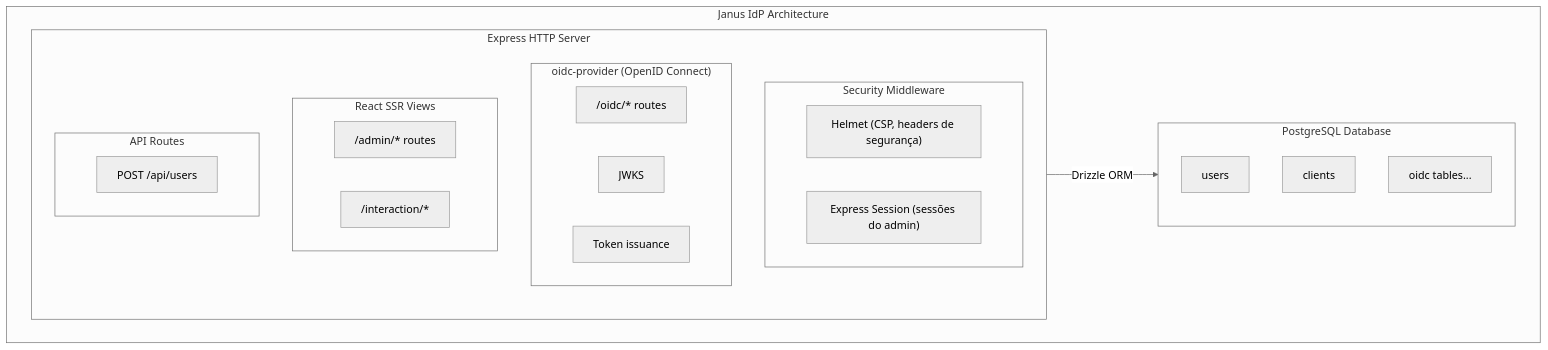
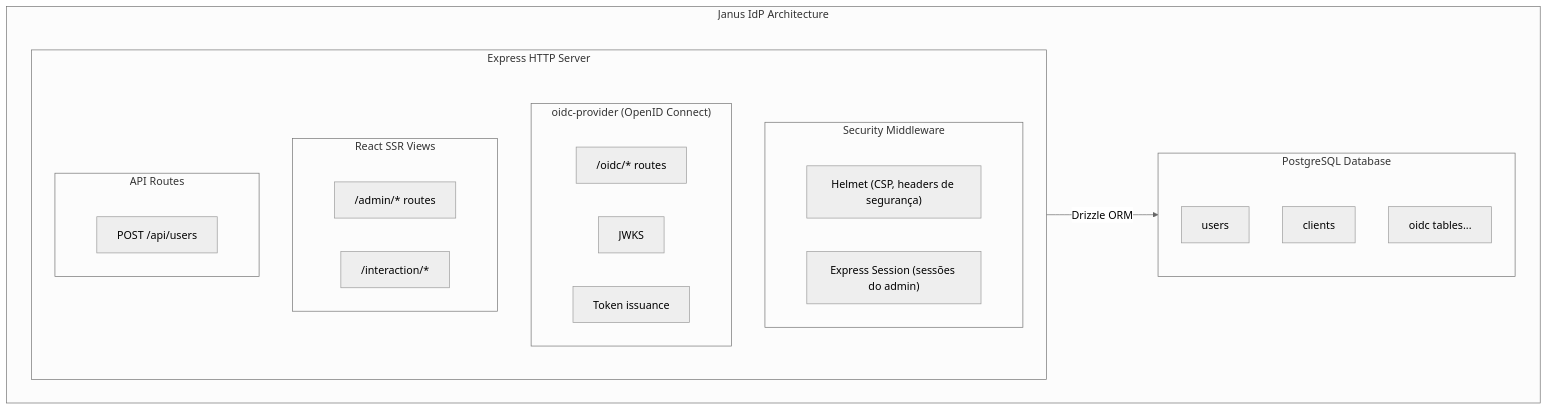
The first of 2 diagrams in docs/ARCHITECTURE.md (marcus-v-rodrigues/janus-idp), drawn with Mermaid (neutral theme) before and after one commit.

Commit message:
docs: adjust mermaid diagram subgraph title spacing

````diff
--- a/docs/ARCHITECTURE.md
+++ b/docs/ARCHITECTURE.md
@@ -7,34 +7,35 @@
 ```mermaid
+%%{init: {"flowchart": {"subGraphTitleMargin": {"bottom": 30}}}}%%
 flowchart TB
     subgraph JanusIdP["Janus IdP Architecture"]
         subgraph Express["Express HTTP Server"]
             subgraph Security["Security Middleware"]
                 Helmet["Helmet (CSP, headers de segurança)"]
                 Session["Express Session (sessões do admin)"]
             end
             
             subgraph OIDC["oidc-provider (OpenID Connect)"]
                 OIDCRoutes["/oidc/* routes"]
                 JWKS["JWKS"]
                 Token["Token issuance"]
             end
             
             subgraph ReactSSR["React SSR Views"]
                 AdminRoutes["/admin/* routes"]
                 InteractionRoutes["/interaction/*"]
             end
             
             subgraph APIRoutes["API Routes"]
                 APIUsers["POST /api/users"]
             end
         end
         
         subgraph PostgreSQL["PostgreSQL Database"]
             UsersTable["users"]
             ClientsTable["clients"]
             OIDCTables["oidc tables..."]
         end
     end
     
     Express -->|"Drizzle ORM"| PostgreSQL
 ```
````
